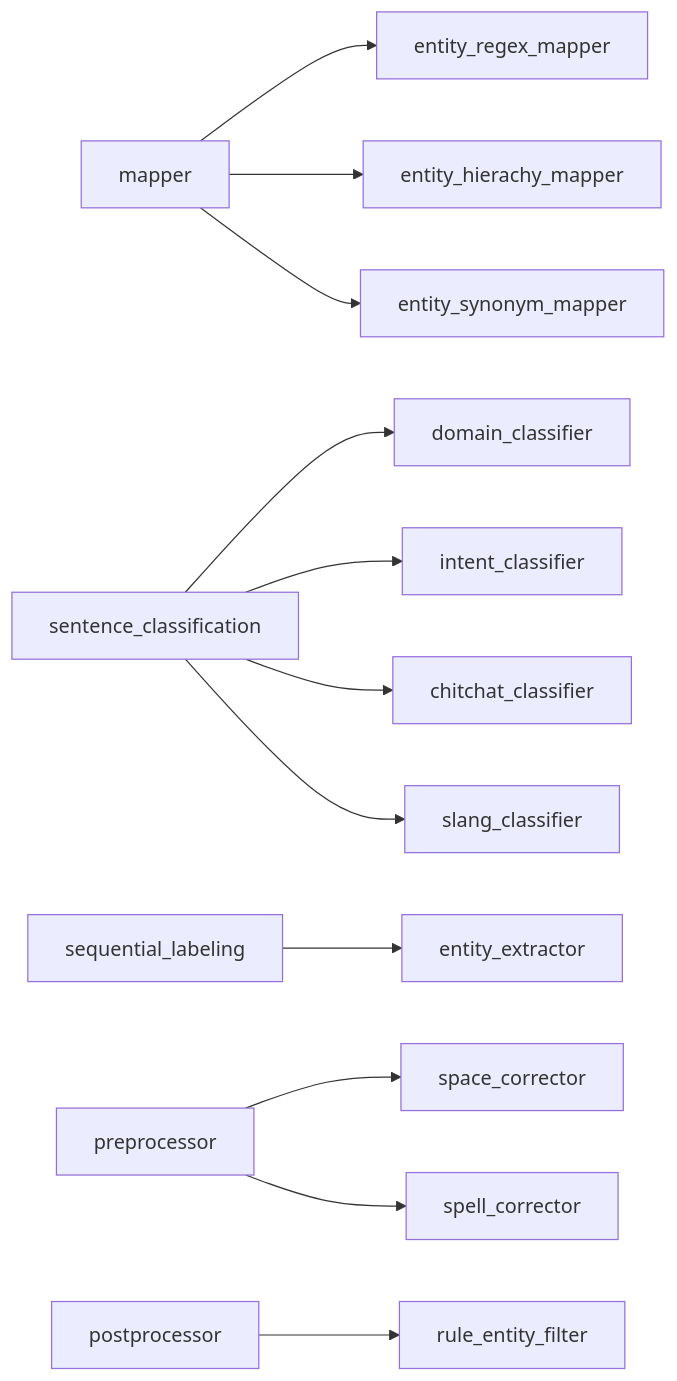
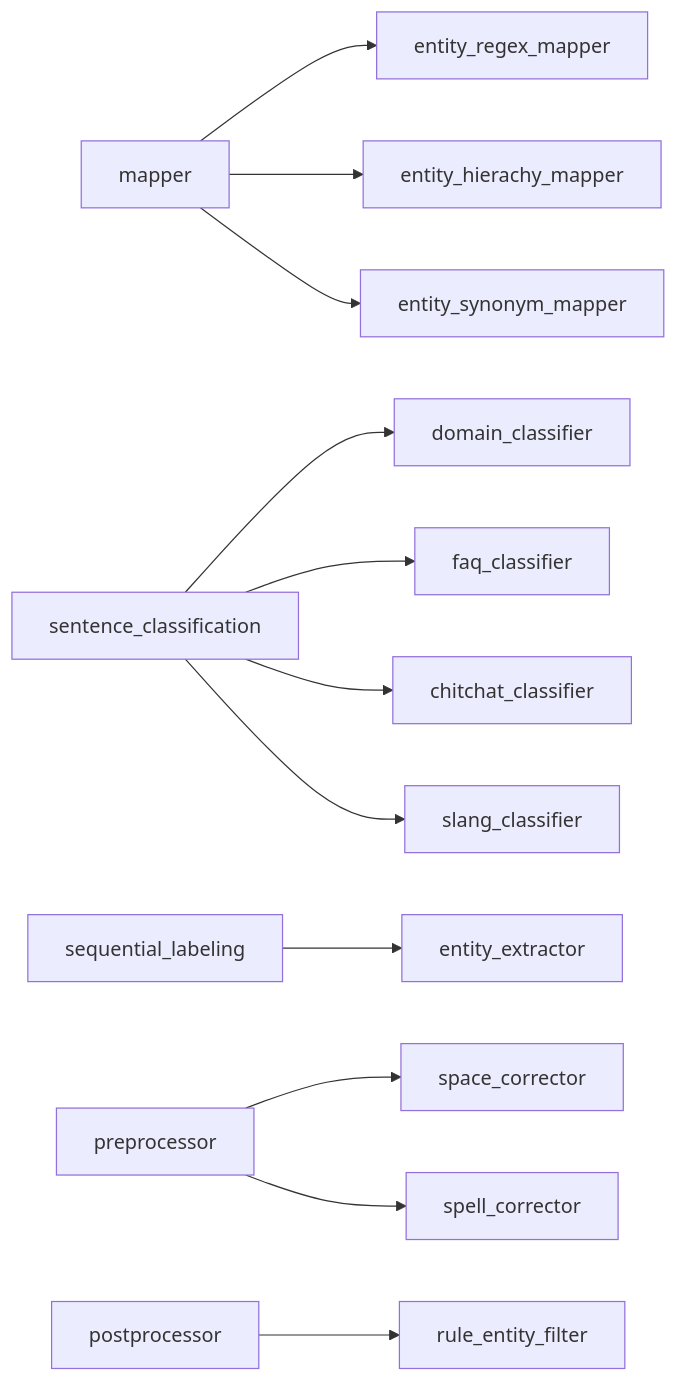
Before and after one commit to cheesama/nlu_flow_github: the diagram in README.md, drawn with Mermaid. The commit also changed 3 other files, not shown here.

````diff
--- a/README.md
+++ b/README.md
@@ -6,19 +6,19 @@
 ```mermaid
 graph LR
   A[mapper] --> AA[entity_regex_mapper]
   A --> AB[entity_hierachy_mapper]
   A --> AC[entity_synonym_mapper]
   
   B[sentence_classification] --> BA[domain_classifier]
-  B[sentence_classification] --> BB[intent_classifier]
+  B[sentence_classification] --> BB[faq_classifier]
   B[sentence_classification] --> BC[chitchat_classifier]
   B[sentence_classification] --> BD[slang_classifier]
   
   C[sequential_labeling] --> CA[entity_extractor]
   
   D[preprocessor] --> DA[space_corrector]
   D[preprocessor] --> DB[spell_corrector]
   
   E[postprocessor] --> EA[rule_entity_filter]
  
 ```
````
